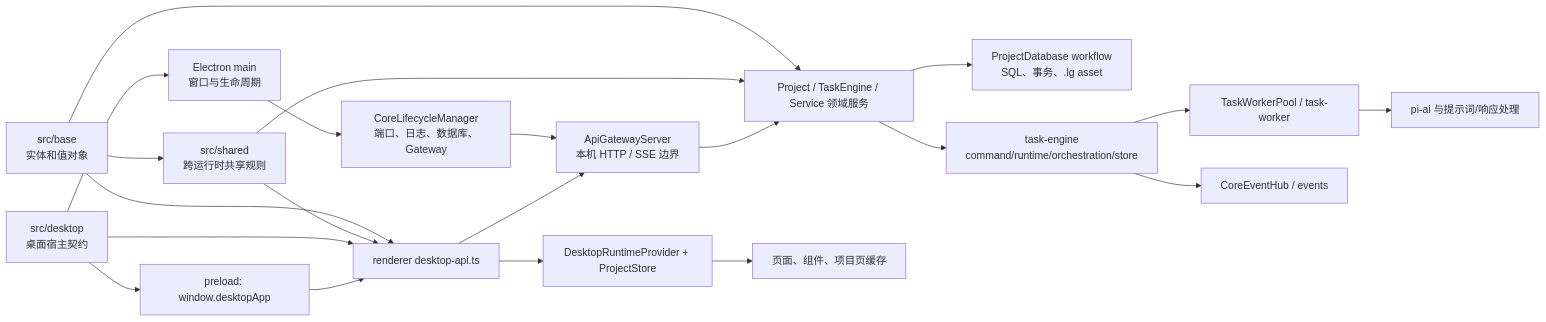
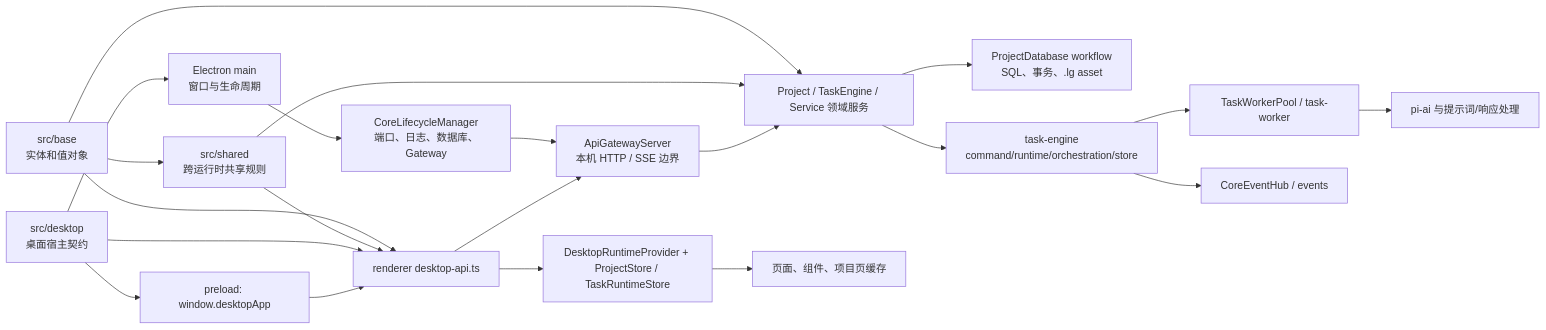
One commit to neavo/LinguaGacha changed the first of 3 diagrams in docs/ARCHITECTURE.md. Above: the diagram before and after it, drawn with Mermaid. The commit also changed other lines of this file and 106 other files, not shown here.

````diff
--- a/docs/ARCHITECTURE.md
+++ b/docs/ARCHITECTURE.md
@@ -19,23 +19,23 @@
 ```mermaid
 flowchart LR
   N["src/base<br/>实体和值对象"] --> D
   N --> J
   N --> S["src/shared<br/>跨运行时共享规则"]
   S --> D
   S --> J
   X["src/desktop<br/>桌面宿主契约"] --> A
   X --> I
   X --> J
   A["Electron main<br/>窗口与生命周期"] --> B["CoreLifecycleManager<br/>端口、日志、数据库、Gateway"]
   B --> C["ApiGatewayServer<br/>本机 HTTP / SSE 边界"]
   C --> D["Project / TaskEngine / Service 领域服务"]
   D --> E["ProjectDatabase workflow<br/>SQL、事务、.lg asset"]
   D --> F["task-engine<br/>command/runtime/orchestration/store"]
   F --> G["TaskWorkerPool / task-worker"]
   G --> H["pi-ai 与提示词/响应处理"]
   F --> M["CoreEventHub / events"]
   I["preload: window.desktopApp"] --> J["renderer desktop-api.ts"]
   J --> C
-  J --> K["DesktopRuntimeProvider + ProjectStore"]
+  J --> K["DesktopRuntimeProvider + ProjectStore / TaskRuntimeStore"]
   K --> L["页面、组件、项目页缓存"]
 ```
````
